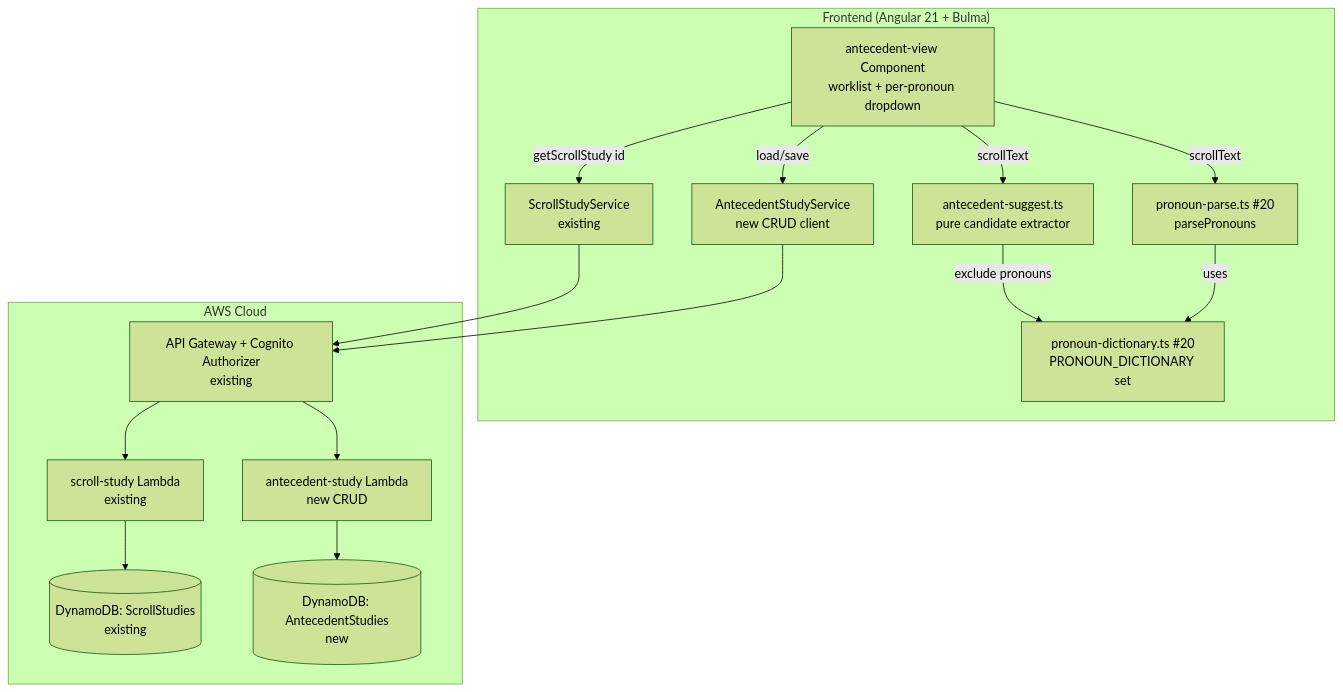
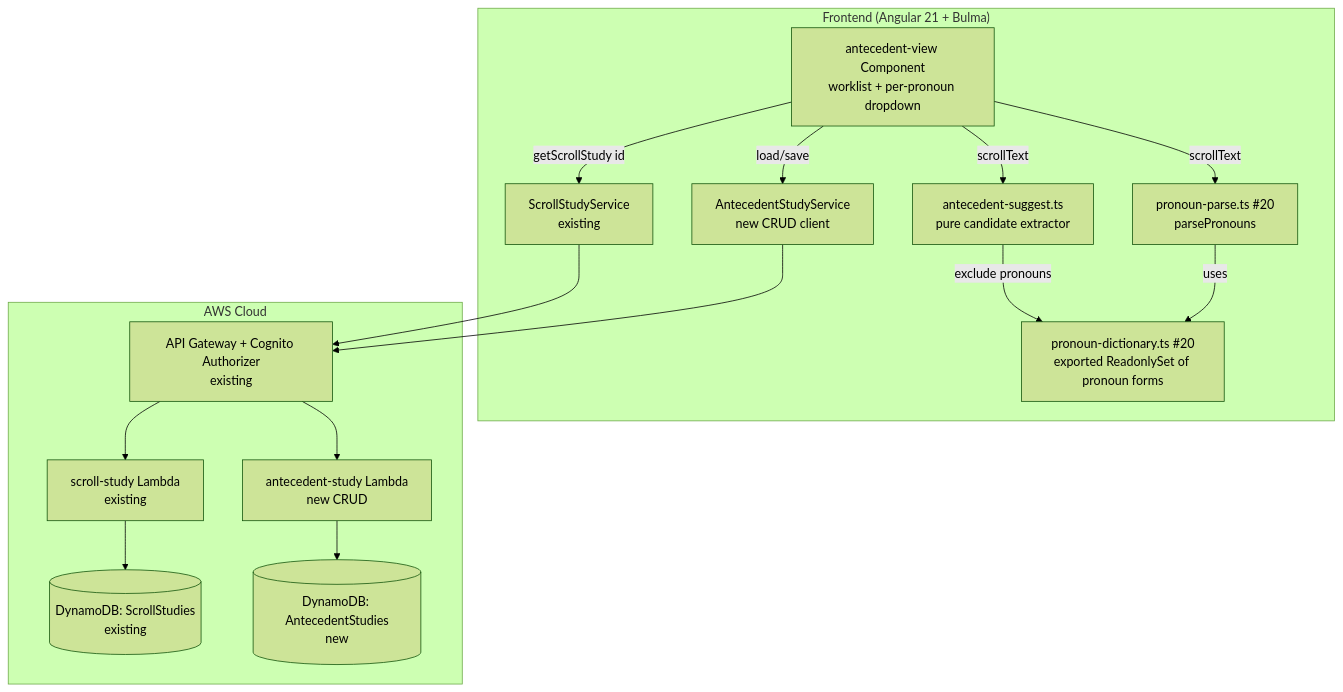
Before and after one commit to trsam1/sbs-assist: the first of 2 diagrams in .kiro/specs/antecedent-analysis/design.md, drawn with Mermaid (forest theme). The commit also changed other lines of this file, not shown here.

````diff
--- a/.kiro/specs/antecedent-analysis/design.md
+++ b/.kiro/specs/antecedent-analysis/design.md
@@ -32,26 +32,26 @@
 ```mermaid
 graph TD
     subgraph Frontend ["Frontend (Angular 21 + Bulma)"]
         AV[antecedent-view Component<br/>worklist + per-pronoun dropdown]
         PP[pronoun-parse.ts #20<br/>parsePronouns]
-        PD[pronoun-dictionary.ts #20<br/>PRONOUN_DICTIONARY set]
+        PD[pronoun-dictionary.ts #20<br/>exported ReadonlySet of pronoun forms]
         AS[antecedent-suggest.ts<br/>pure candidate extractor]
         SS[ScrollStudyService<br/>existing]
         ASVC[AntecedentStudyService<br/>new CRUD client]
     end
 
     subgraph AWS ["AWS Cloud"]
         APIGW[API Gateway + Cognito Authorizer<br/>existing]
         ScrollFn[scroll-study Lambda<br/>existing]
         AntFn[antecedent-study Lambda<br/>new CRUD]
         DDBS[(DynamoDB: ScrollStudies<br/>existing)]
         DDBA[(DynamoDB: AntecedentStudies<br/>new)]
     end
 
     AV -->|getScrollStudy id| SS --> APIGW --> ScrollFn --> DDBS
     AV -->|scrollText| PP
     AV -->|scrollText| AS
     AS -->|exclude pronouns| PD
     PP -->|uses| PD
     AV -->|load/save| ASVC --> APIGW --> AntFn --> DDBA
 ```
````
